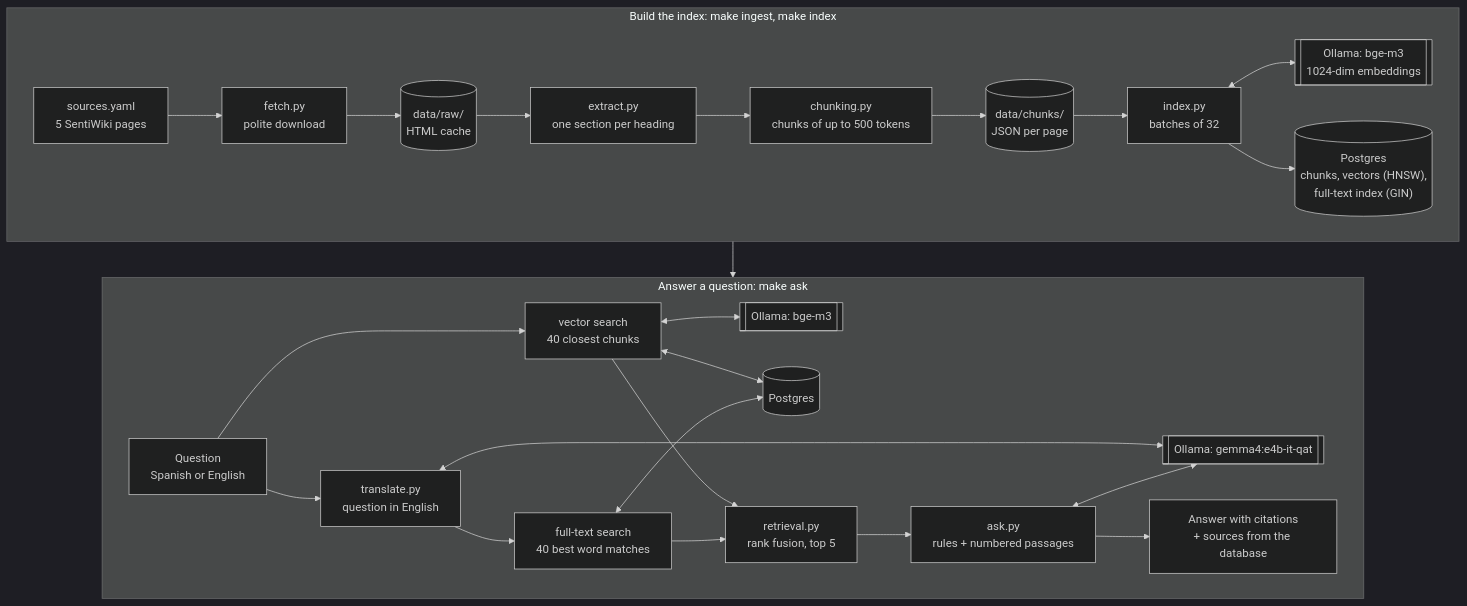
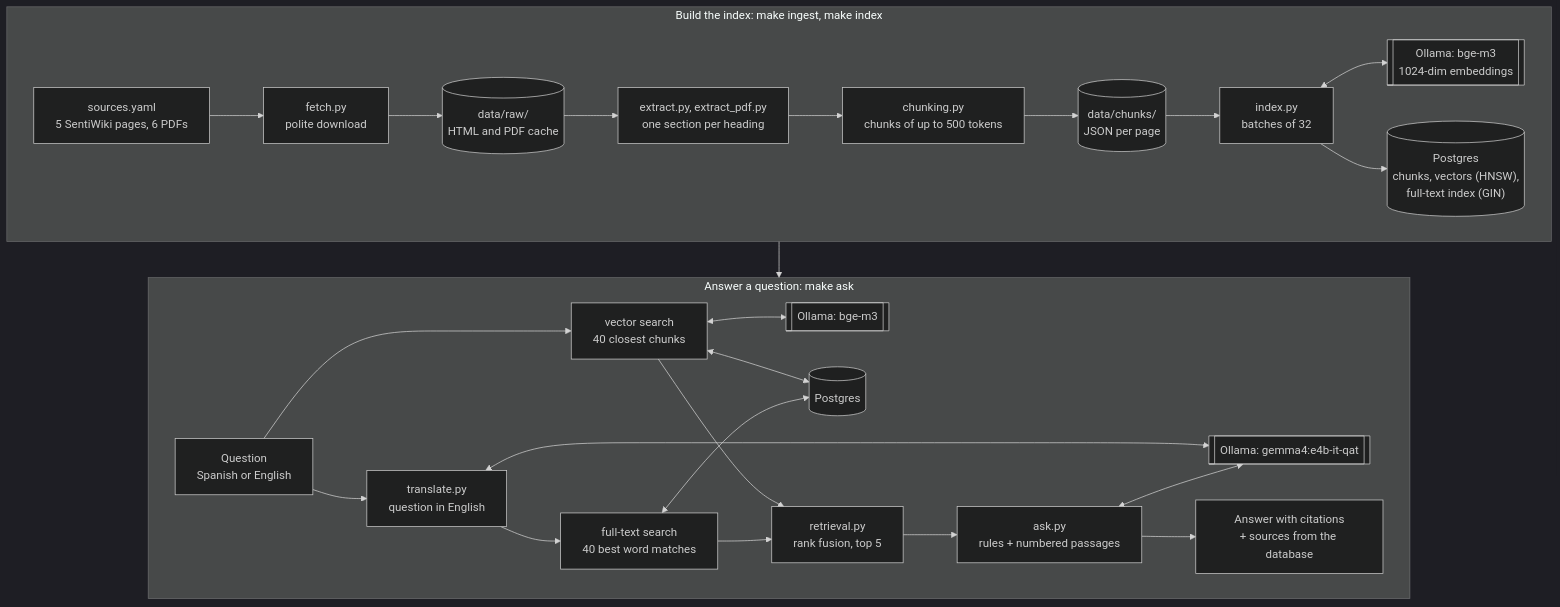
Before and after one commit to mmartinsie/sentinel1-rag: the diagram in README.md, drawn with Mermaid (dark theme). The commit also changed other lines of this file and 20 other files, not shown here.

````diff
--- a/README.md
+++ b/README.md
@@ -33,30 +36,30 @@
 ```mermaid
 flowchart TB
     subgraph build["Build the index: make ingest, make index"]
         direction LR
-        S["sources.yaml<br/>5 SentiWiki pages"] --> F["fetch.py<br/>polite download"]
-        F --> R[("data/raw/<br/>HTML cache")]
-        R --> EX["extract.py<br/>one section per heading"]
+        S["sources.yaml<br/>5 SentiWiki pages, 6 PDFs"] --> F["fetch.py<br/>polite download"]
+        F --> R[("data/raw/<br/>HTML and PDF cache")]
+        R --> EX["extract.py, extract_pdf.py<br/>one section per heading"]
         EX --> C["chunking.py<br/>chunks of up to 500 tokens"]
         C --> J[("data/chunks/<br/>JSON per page")]
         J --> I["index.py<br/>batches of 32"]
         I <--> E1[["Ollama: bge-m3<br/>1024-dim embeddings"]]
         I --> DB[("Postgres<br/>chunks, vectors (HNSW),<br/>full-text index (GIN)")]
     end
     subgraph answer["Answer a question: make ask"]
         direction LR
         Q["Question<br/>Spanish or English"] --> T["translate.py<br/>question in English"]
         T <--> G[["Ollama: gemma4:e4b-it-qat"]]
         Q --> V["vector search<br/>40 closest chunks"]
         T --> L["full-text search<br/>40 best word matches"]
         V <--> E2[["Ollama: bge-m3"]]
         V <--> DB2[("Postgres")]
         L <--> DB2
         V --> RRF["retrieval.py<br/>rank fusion, top 5"]
         L --> RRF
         RRF --> P["ask.py<br/>rules + numbered passages"]
         P <--> G
         P --> OUT["Answer with citations<br/>+ sources from the database"]
     end
     build --> answer
 ```
````
